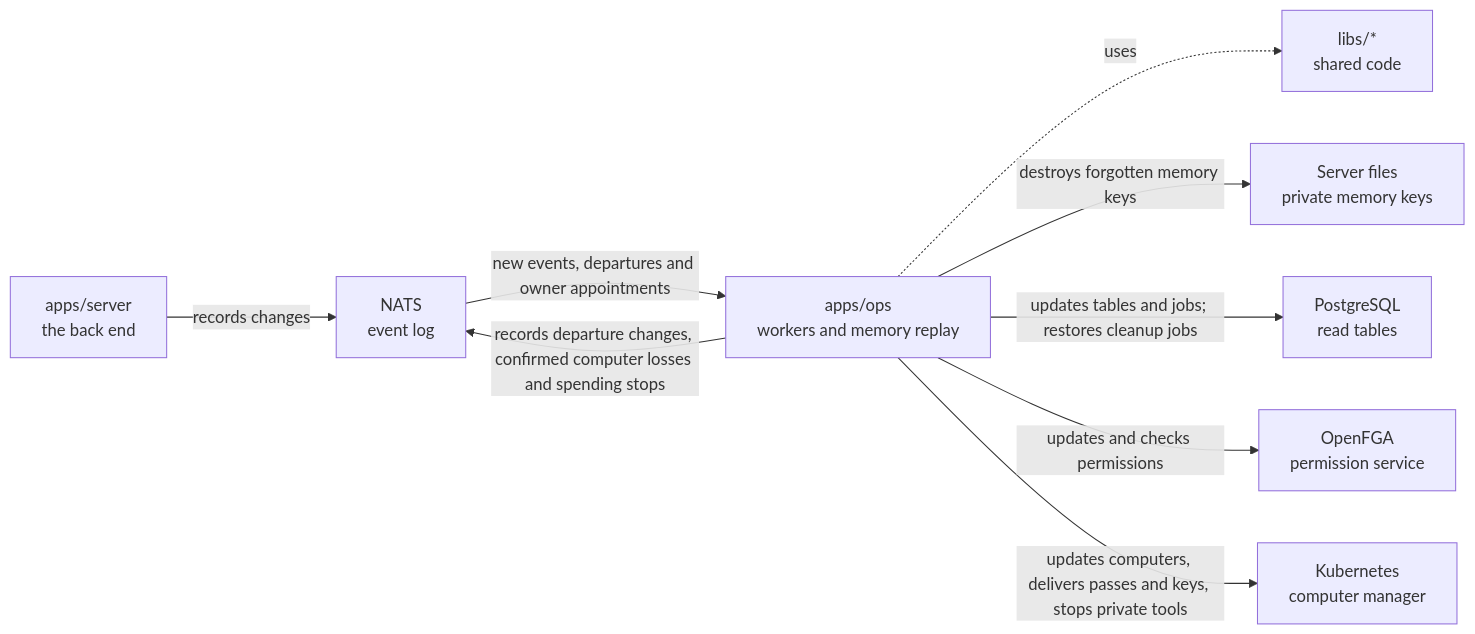
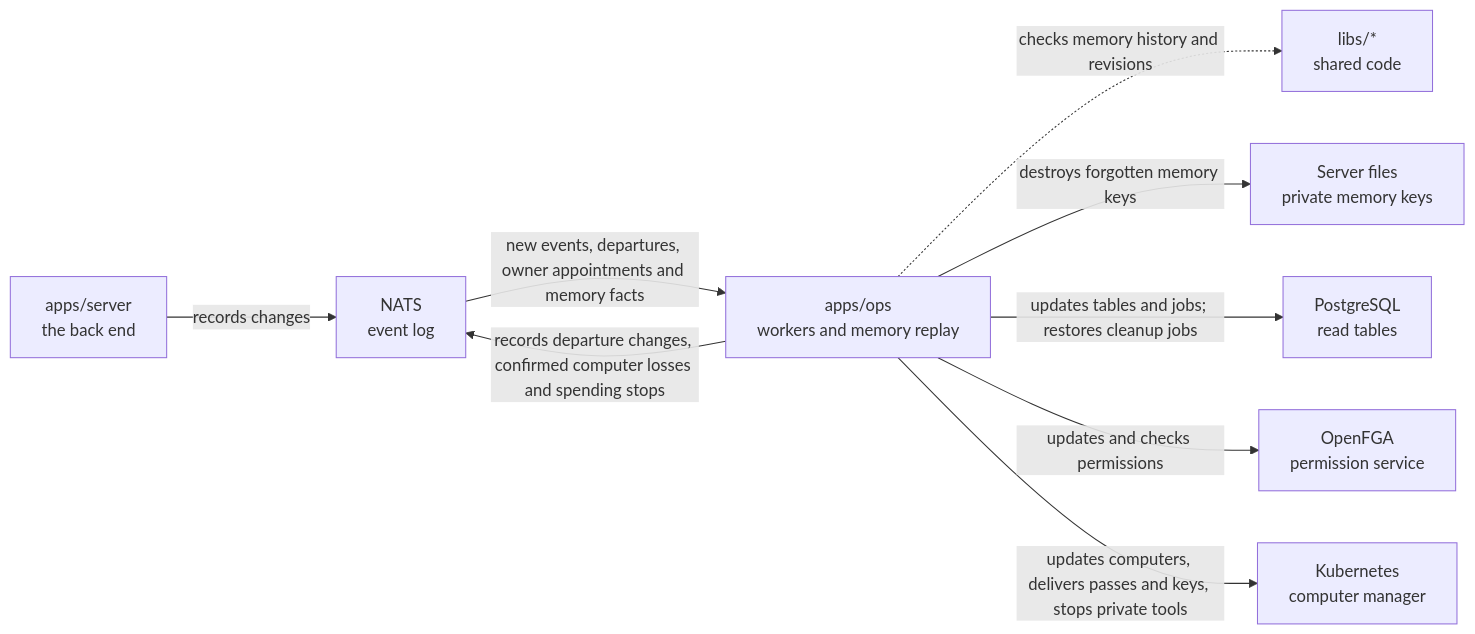
Before and after one commit to elewa-git/opencrane-new: the diagram in apps/ops/README.md, drawn with Mermaid. The commit also changed other lines of this file and 23 other files, not shown here.

First line of the commit message:
🌙 Nightly memory review picks only changed facts, within a fixed size, and reports clean or changed scopes (#418)

````diff
--- a/apps/ops/README.md
+++ b/apps/ops/README.md
@@ -11,11 +11,11 @@
 ```mermaid
 flowchart LR
   server["apps/server<br/>the back end"] -->|records changes| nats["NATS<br/>event log"]
-  nats -->|new events, departures and owner appointments| ops["apps/ops<br/>workers and memory replay"]
+  nats -->|new events, departures, owner appointments and memory facts| ops["apps/ops<br/>workers and memory replay"]
   ops -->|records departure changes, confirmed computer losses and spending stops| nats
-  ops -.->|uses| libs["libs/*<br/>shared code"]
+  ops -.->|checks memory history and revisions| libs["libs/*<br/>shared code"]
   ops -->|destroys forgotten memory keys| keys["Server files<br/>private memory keys"]
   ops -->|updates tables and jobs; restores cleanup jobs| postgres["PostgreSQL<br/>read tables"]
   ops -->|updates and checks permissions| fga["OpenFGA<br/>permission service"]
   ops -->|updates computers, delivers passes and keys, stops private tools| kube["Kubernetes<br/>computer manager"]
 ```
````
